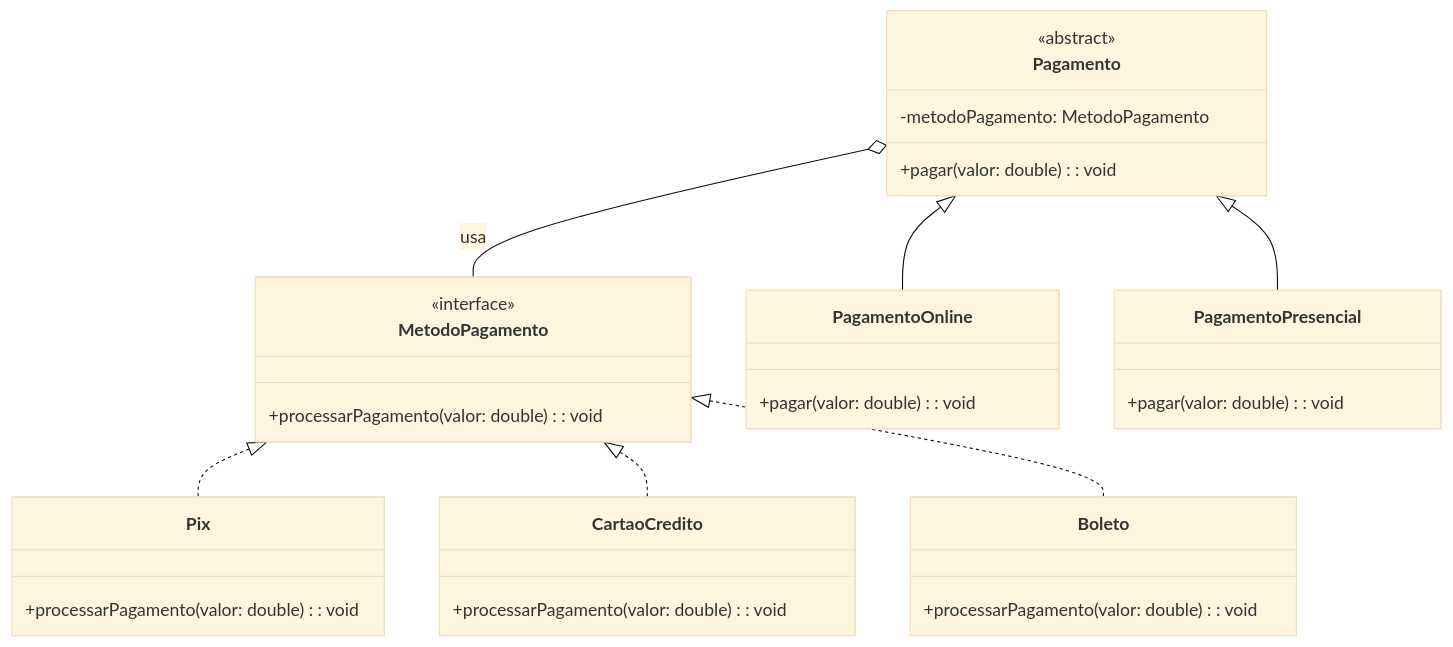
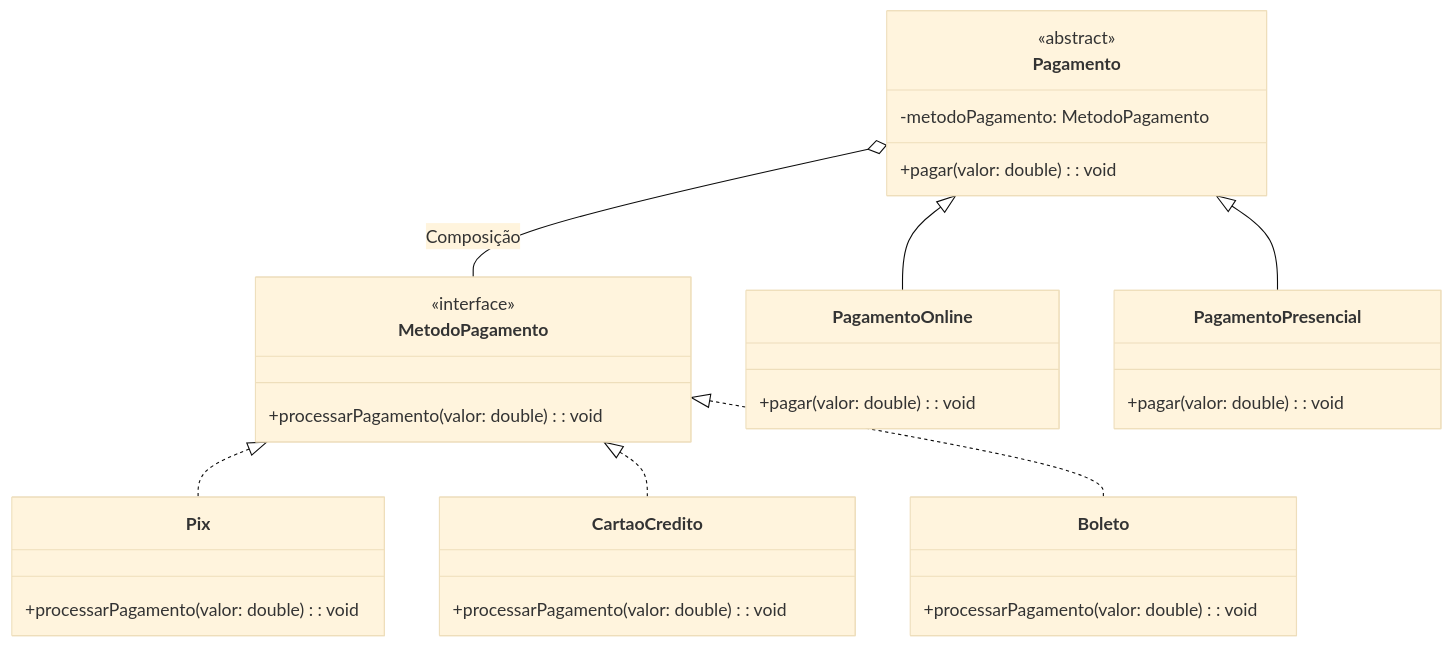
The second of 2 diagrams in readme.md (20242-ifba-saj-ads-ppr/seminario-ppr-estrutural-bridge-prototype), drawn with Mermaid (base theme) before and after one commit.

````diff
--- a/readme.md
+++ b/readme.md
@@ -89,40 +89,40 @@
 ```mermaid
 classDiagram
     class MetodoPagamento {
         <<interface>>
         +processarPagamento(valor: double): void
     }
 
     class Pix {
         +processarPagamento(valor: double): void
     }
     class CartaoCredito {
         +processarPagamento(valor: double): void
     }
     class Boleto {
         +processarPagamento(valor: double): void
     }
 
     class Pagamento {
         <<abstract>>
         -metodoPagamento: MetodoPagamento
         +pagar(valor: double): void
     }
 
     class PagamentoOnline {
         +pagar(valor: double): void
     }
 
     class PagamentoPresencial {
         +pagar(valor: double): void
     }
 
     MetodoPagamento <|.. Pix
     MetodoPagamento <|.. CartaoCredito
     MetodoPagamento <|.. Boleto
 
     Pagamento <|-- PagamentoOnline
     Pagamento <|-- PagamentoPresencial
 
-    Pagamento o-- MetodoPagamento : usa
+    Pagamento o-- MetodoPagamento : Composição
 ```
````
